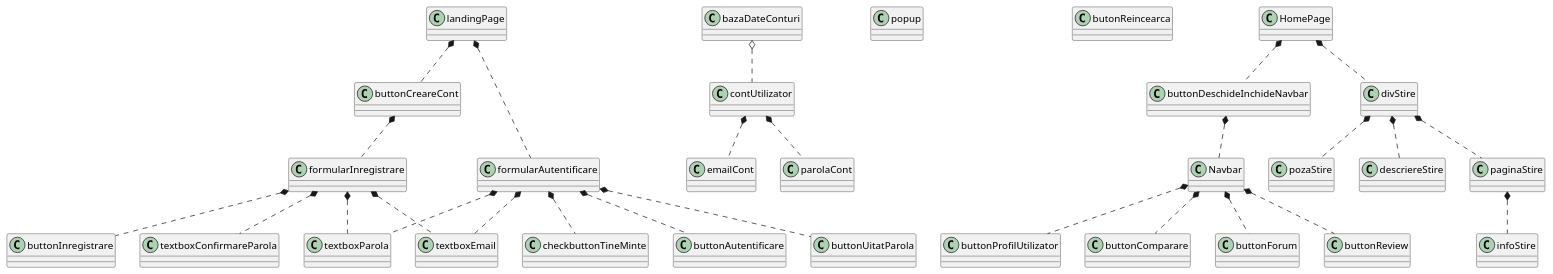
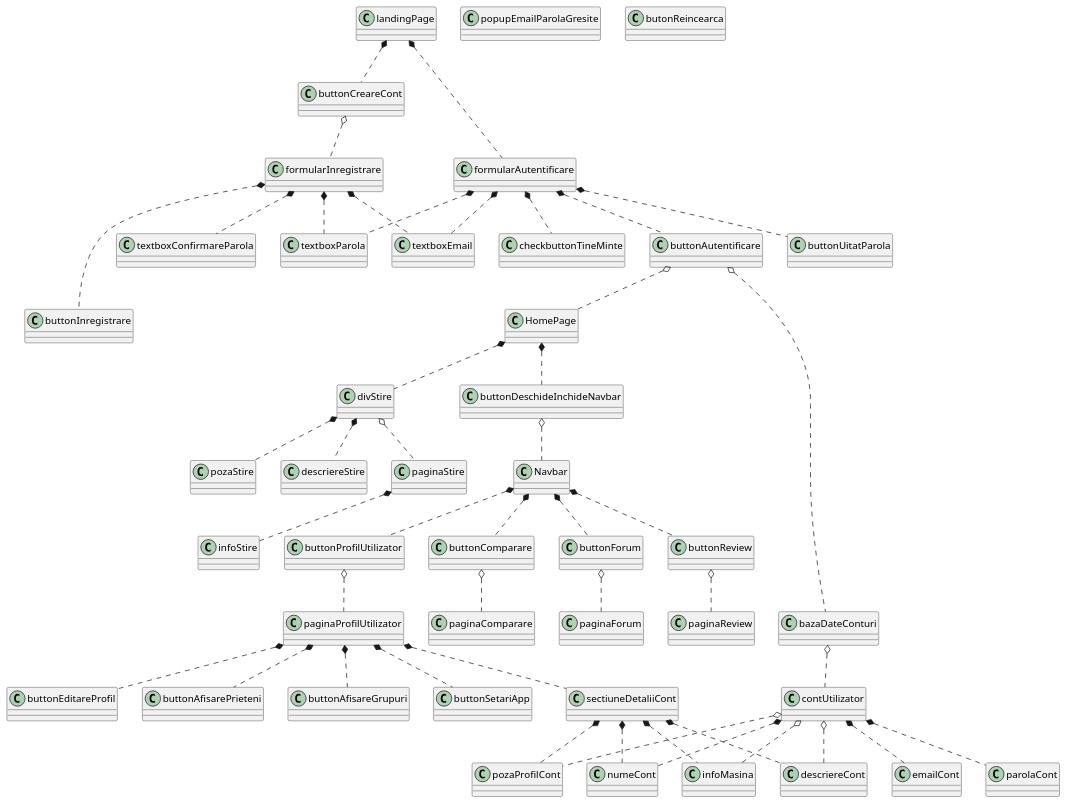
The diagram in ClassDiagram.puml (GelilFabian/CarHub), drawn with PlantUML before and after one commit. The commit also changed 1 other file, not shown here.

```diff
--- a/ClassDiagram.puml
+++ b/ClassDiagram.puml
@@ -1,88 +1,133 @@
 @startuml
 'https://plantuml.com/class-diagram
 class landingPage{
 }
 class formularAutentificare{
 }
 class textboxEmail{
 }
 class textboxParola{
 }
 class checkbuttonTineMinte{
 }
 class buttonCreareCont{
 }
 class buttonAutentificare{
 }
 class buttonUitatParola{
 }
 class contUtilizator{
 }
 class emailCont {
 }
 class parolaCont {
 }
 class formularInregistrare{
 }
 class textboxConfirmareParola {
 }
 class buttonInregistrare{
 }
 class bazaDateConturi{
 }
-class popup{
+class popupEmailParolaGresite{
 }
 class butonReincearca{
 }
 class HomePage{
 }
 class buttonDeschideInchideNavbar {
 }
 class Navbar {
 }
 class divStire{
 }
 class pozaStire {
 }
 class descriereStire {
 }
 class paginaStire {
 }
 class infoStire {
 }
 class buttonProfilUtilizator {
 }
+class paginaProfilUtilizator {
+}
 class buttonComparare {
+}
+class paginaComparare {
 }
 class buttonForum {
 }
+class paginaForum {
+}
 class buttonReview {
 }
-
+class paginaReview {
+}
+class pozaProfilCont{
+}
+class numeCont {
+}
+class infoMasina {
+}
+class descriereCont {
+}
+class buttonEditareProfil {
+}
+class buttonAfisarePrieteni {
+}
+class buttonAfisareGrupuri {
+}
+class buttonSetariApp {
+}
+class sectiuneDetaliiCont {
+}
 landingPage *.. formularAutentificare
 landingPage *.. buttonCreareCont
 formularAutentificare *.. textboxEmail
 formularAutentificare *.. textboxParola
 formularAutentificare *.. checkbuttonTineMinte
 formularAutentificare *.. buttonUitatParola
 formularAutentificare *.. buttonAutentificare
-buttonCreareCont *.. formularInregistrare
+buttonAutentificare o.. HomePage
+buttonAutentificare o...... bazaDateConturi
+buttonCreareCont o.. formularInregistrare
 formularInregistrare *.. textboxEmail
 formularInregistrare *.. textboxParola
 formularInregistrare *.. textboxConfirmareParola
-formularInregistrare *.. buttonInregistrare
+formularInregistrare *... buttonInregistrare
 bazaDateConturi o.. contUtilizator
 contUtilizator *.. emailCont
 contUtilizator *.. parolaCont
+contUtilizator *.. numeCont
+contUtilizator o.. infoMasina
+contUtilizator o.. descriereCont
+contUtilizator o.. pozaProfilCont
 HomePage *.. buttonDeschideInchideNavbar
-buttonDeschideInchideNavbar *.. Navbar
+buttonDeschideInchideNavbar o.. Navbar
 HomePage *.. divStire
 divStire *.. pozaStire
 divStire *.. descriereStire
-divStire *.. paginaStire
+divStire o.. paginaStire
 paginaStire *.. infoStire
 Navbar *.. buttonProfilUtilizator
 Navbar *.. buttonComparare
 Navbar *.. buttonForum
 Navbar *.. buttonReview
+buttonProfilUtilizator o.. paginaProfilUtilizator
+buttonComparare o.. paginaComparare
+buttonForum o.. paginaForum
+buttonReview o.. paginaReview
+paginaProfilUtilizator *.. sectiuneDetaliiCont
+paginaProfilUtilizator *..buttonEditareProfil
+paginaProfilUtilizator *.. buttonAfisareGrupuri
+paginaProfilUtilizator *.. buttonAfisarePrieteni
+paginaProfilUtilizator *.. buttonSetariApp
+sectiuneDetaliiCont *.. pozaProfilCont
+sectiuneDetaliiCont *.. numeCont
+sectiuneDetaliiCont *.. infoMasina
+sectiuneDetaliiCont *.. descriereCont
+
 @enduml
```
